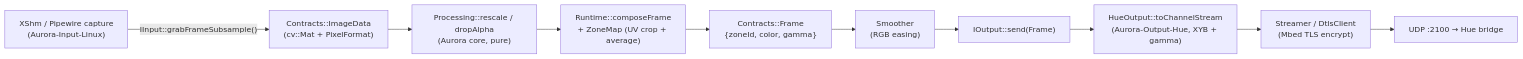
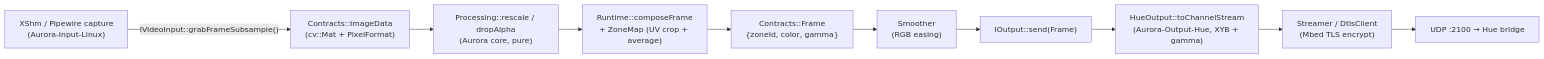
The second of 5 diagrams in Analysis/StackComparison.md (weblings/Aurora), drawn with Mermaid before and after one commit. The commit also changed other lines of this file, not shown here.

Commit message:
Updated stack comparison diagram now that audio is done

````diff
--- a/Analysis/StackComparison.md
+++ b/Analysis/StackComparison.md
@@ -59,12 +61,12 @@
 ```mermaid
 graph LR
-  A["XShm / Pipewire capture<br/>(Aurora-Input-Linux)"] -->|"IInput::grabFrameSubsample()"| B["Contracts::ImageData<br/>(cv::Mat + PixelFormat)"]
+  A["XShm / Pipewire capture<br/>(Aurora-Input-Linux)"] -->|"IVideoInput::grabFrameSubsample()"| B["Contracts::ImageData<br/>(cv::Mat + PixelFormat)"]
   B --> C["Processing::rescale / dropAlpha<br/>(Aurora core, pure)"]
   C --> D["Runtime::composeFrame<br/>+ ZoneMap (UV crop + average)"]
   D --> E["Contracts::Frame<br/>{zoneId, color, gamma}"]
   E --> F["Smoother<br/>(RGB easing)"]
   F --> G["IOutput::send(Frame)"]
   G --> H["HueOutput::toChannelStream<br/>(Aurora-Output-Hue, XYB + gamma)"]
   H --> I["Streamer / DtlsClient<br/>(Mbed TLS encrypt)"]
   I --> J["UDP :2100 → Hue bridge"]
 ```
````
